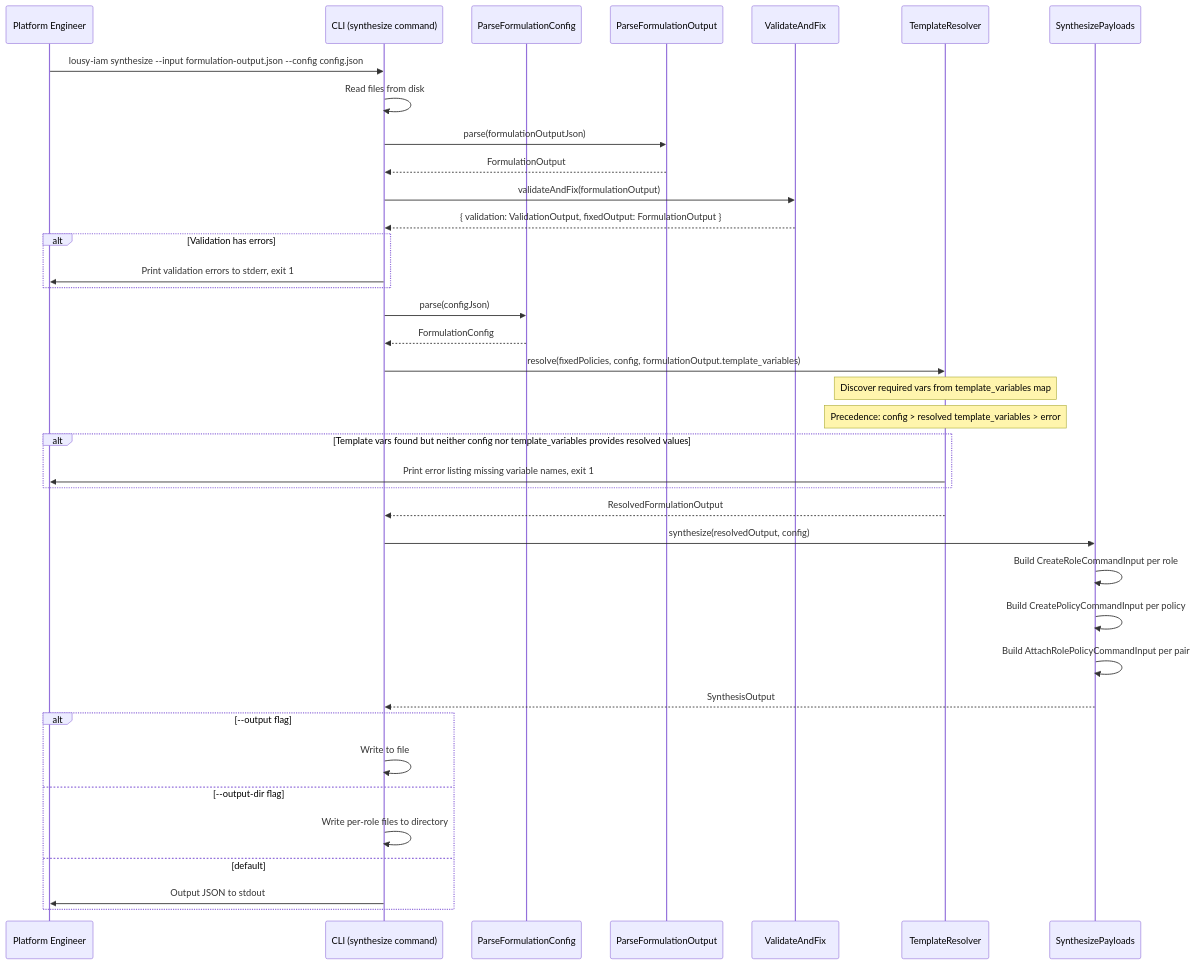
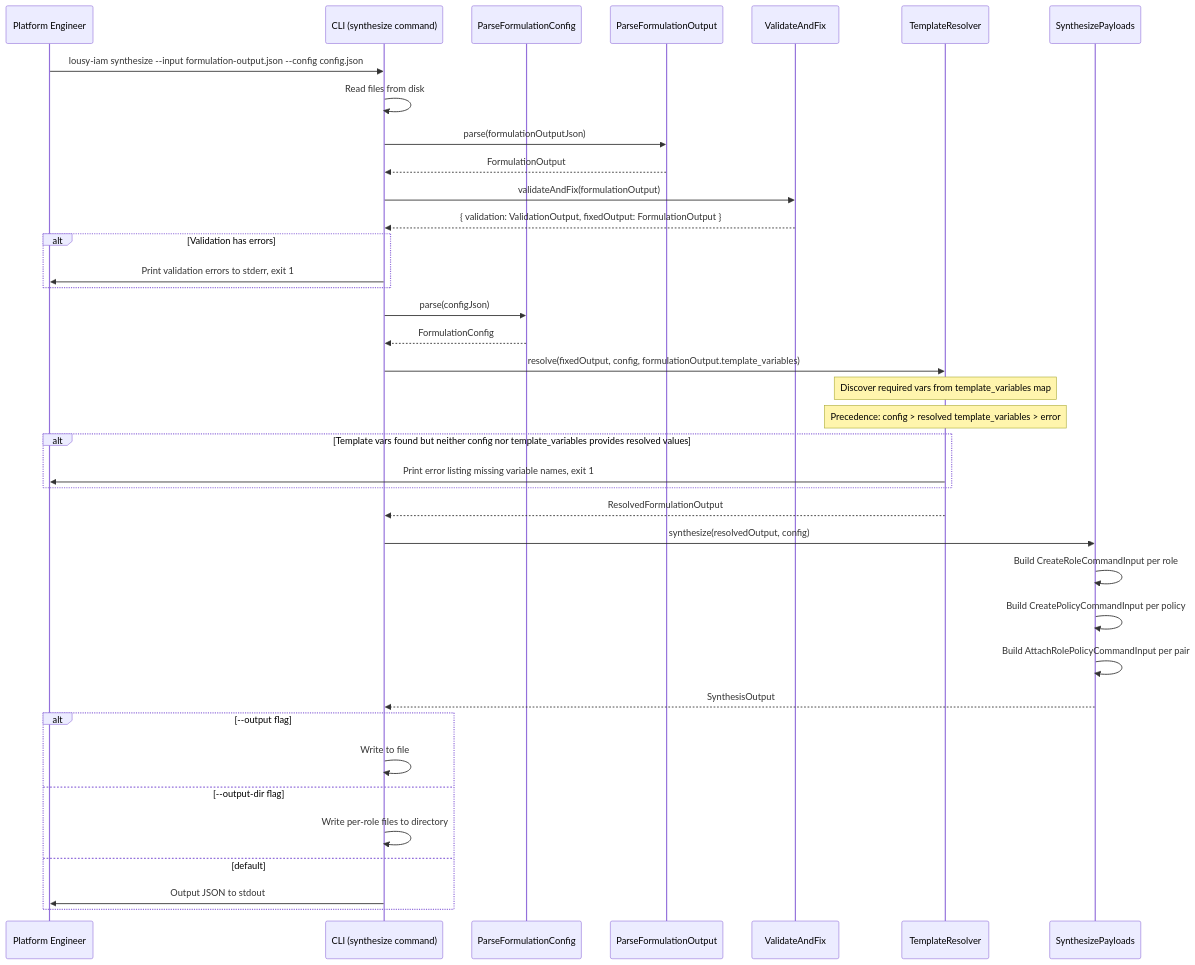
One commit to zpratt/lousy-iam changed the second of 2 diagrams in .github/specs/phase-4-synthesize-spec.md. Above: the diagram before and after it, drawn with Mermaid.

Commit message:
chore: resolve pr feedback

````diff
--- a/.github/specs/phase-4-synthesize-spec.md
+++ b/.github/specs/phase-4-synthesize-spec.md
@@ -193,48 +193,48 @@
 ```mermaid
 sequenceDiagram
     participant User as Platform Engineer
     participant CLI as CLI (synthesize command)
     participant ConfigParser as ParseFormulationConfig
     participant OutputParser as ParseFormulationOutput
     participant Orchestrator as ValidateAndFix
     participant Resolver as TemplateResolver
     participant Synthesizer as SynthesizePayloads
 
     User->>CLI: lousy-iam synthesize --input formulation-output.json --config config.json
     CLI->>CLI: Read files from disk
 
     CLI->>OutputParser: parse(formulationOutputJson)
     OutputParser-->>CLI: FormulationOutput
 
     CLI->>Orchestrator: validateAndFix(formulationOutput)
     Orchestrator-->>CLI: { validation: ValidationOutput, fixedOutput: FormulationOutput }
 
     alt Validation has errors
         CLI->>User: Print validation errors to stderr, exit 1
     end
 
     CLI->>ConfigParser: parse(configJson)
     ConfigParser-->>CLI: FormulationConfig
 
-    CLI->>Resolver: resolve(fixedPolicies, config, formulationOutput.template_variables)
+    CLI->>Resolver: resolve(fixedOutput, config, formulationOutput.template_variables)
     Note over Resolver: Discover required vars from template_variables map
     Note over Resolver: Precedence: config > resolved template_variables > error
     alt Template vars found but neither config nor template_variables provides resolved values
         Resolver->>User: Print error listing missing variable names, exit 1
     end
     Resolver-->>CLI: ResolvedFormulationOutput
 
     CLI->>Synthesizer: synthesize(resolvedOutput, config)
     Synthesizer->>Synthesizer: Build CreateRoleCommandInput per role
     Synthesizer->>Synthesizer: Build CreatePolicyCommandInput per policy
     Synthesizer->>Synthesizer: Build AttachRolePolicyCommandInput per pair
     Synthesizer-->>CLI: SynthesisOutput
 
     alt --output flag
         CLI->>CLI: Write to file
     else --output-dir flag
         CLI->>CLI: Write per-role files to directory
     else default
         CLI->>User: Output JSON to stdout
     end
 ```
````
